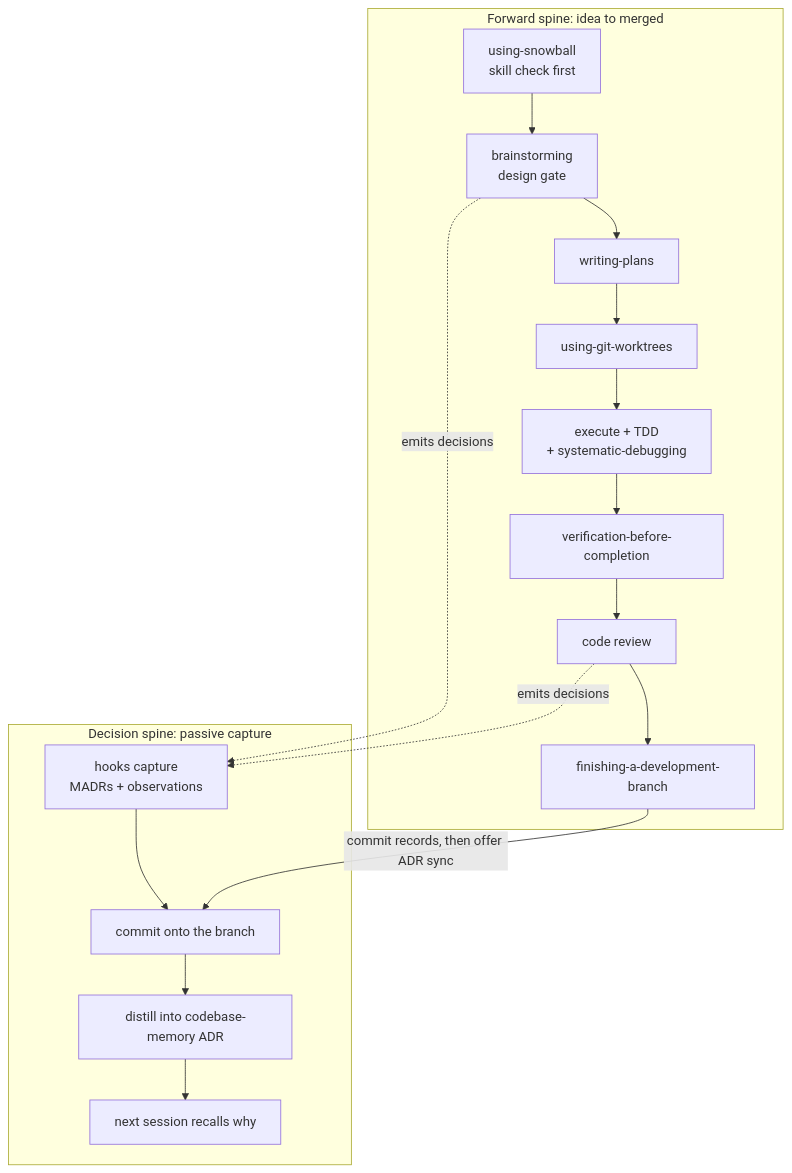
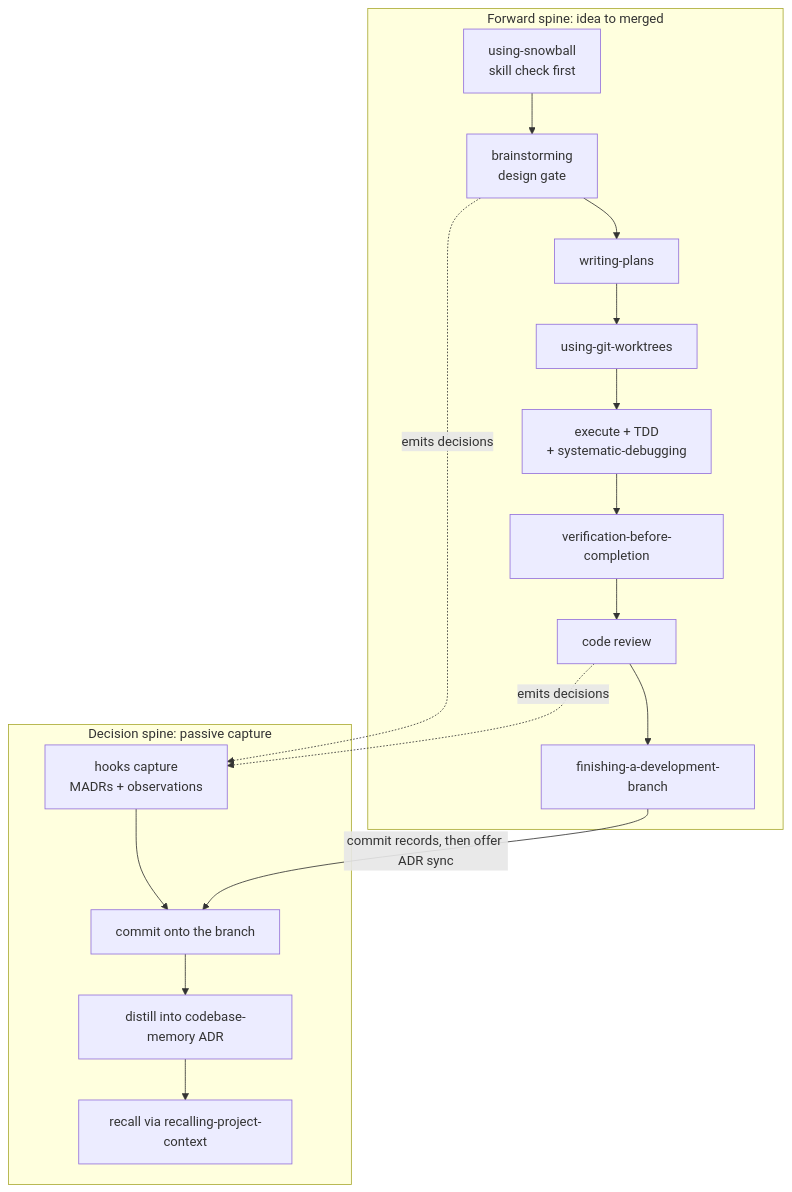
Before and after one commit to kellenff/snowball: the diagram in README.md, drawn with Mermaid. The commit also changed other lines of this file and 21 other files, not shown here.

First line of the commit message:
feat: close decision-spine recall loop with recalling-project-context

````diff
--- a/README.md
+++ b/README.md
@@ -30,20 +30,20 @@
 ```mermaid
 flowchart TD
   subgraph FWD["Forward spine: idea to merged"]
     A["using-snowball<br/>skill check first"] --> B["brainstorming<br/>design gate"]
     B --> C["writing-plans"]
     C --> D["using-git-worktrees"]
     D --> E["execute + TDD<br/>+ systematic-debugging"]
     E --> F["verification-before-completion"]
     F --> G["code review"]
     G --> H["finishing-a-development-branch"]
   end
   subgraph DEC["Decision spine: passive capture"]
     H1["hooks capture<br/>MADRs + observations"] --> H2["commit onto the branch"]
     H2 --> H3["distill into codebase-memory ADR"]
-    H3 --> H4["next session recalls why"]
+    H3 --> H4["recall via recalling-project-context"]
   end
   B -.->|emits decisions| H1
   G -.->|emits decisions| H1
   H -->|"commit records, then offer ADR sync"| H2
 ```
````
